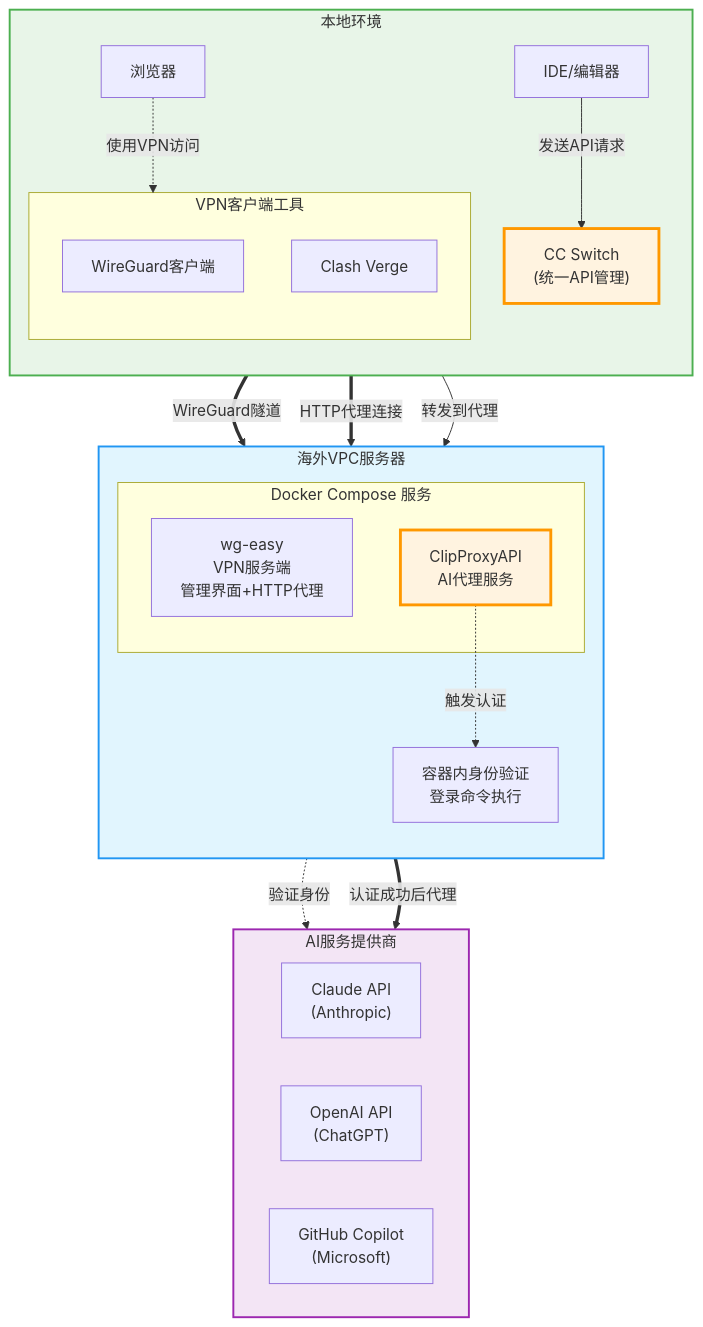
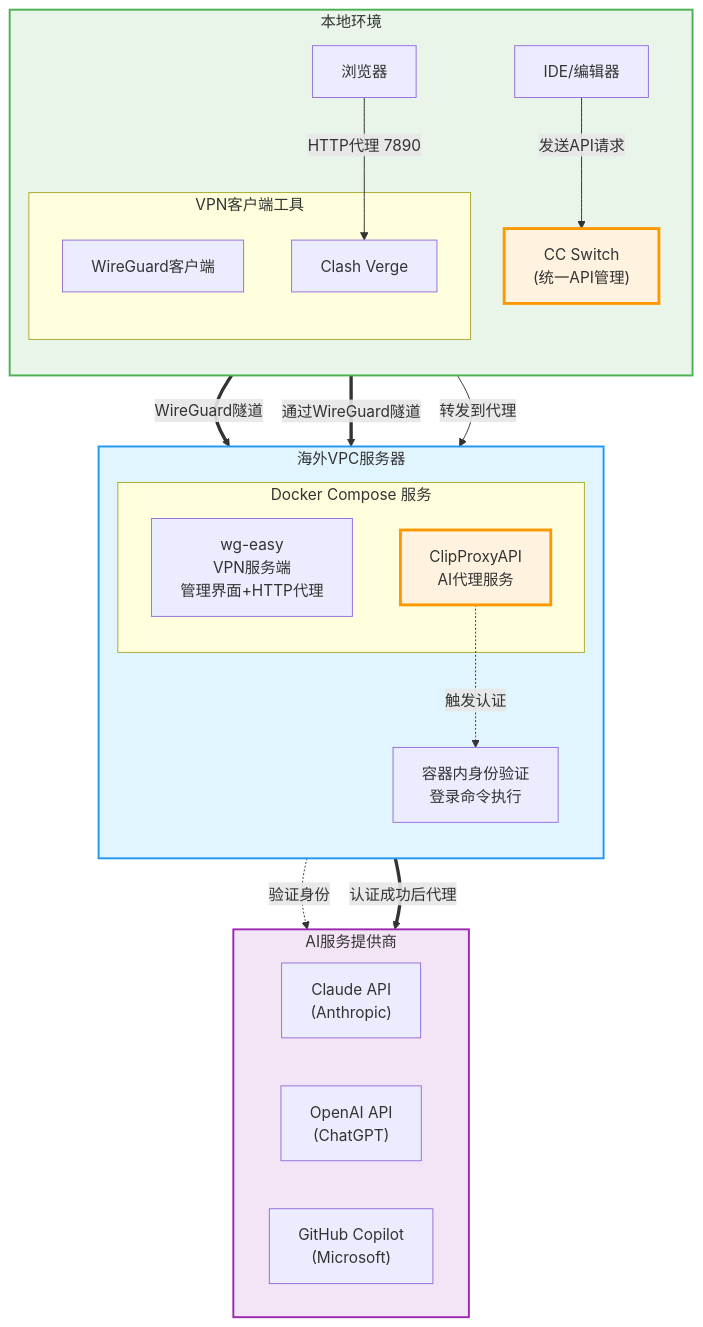
One commit to zhaofutao04/zblog changed the diagram in docs/_posts/overseas-dev-environment.md. Above: the diagram before and after it, drawn with Mermaid. The commit also changed other lines of this file, not shown here.

````diff
--- a/docs/_posts/overseas-dev-environment.md
+++ b/docs/_posts/overseas-dev-environment.md
@@ -22,59 +38,59 @@
 ```mermaid
 flowchart TD
     subgraph Local["本地环境"]
         direction TB
         Browser[浏览器]
         IDE[IDE/编辑器]
         subgraph VPNClients["VPN客户端工具"]
             WGClient[WireGuard客户端]
             Clash[Clash Verge]
         end
         CCSwitch["CC Switch<br/>(统一API管理)"]
     end
 
     subgraph VPC["海外VPC服务器"]
         direction TB
         subgraph DockerServices["Docker Compose 服务"]
             WGEasy["wg-easy<br/>VPN服务端<br/>管理界面+HTTP代理"]
             ClipProxy["ClipProxyAPI<br/>AI代理服务"]
         end
         LoginProcess["容器内身份验证<br/>登录命令执行"]
     end
 
     subgraph AIServices["AI服务提供商"]
         direction LR
         Claude["Claude API<br/>(Anthropic)"]
         OpenAI["OpenAI API<br/>(ChatGPT)"]
         GitHub["GitHub Copilot<br/>(Microsoft)"]
     end
 
-    %% 浏览器连接VPN
-    Browser -.->|使用VPN访问| VPNClients
+    %% 浏览器通过本地代理访问
+    Browser -->|HTTP代理 7890| Clash
 
     %% VPN隧道连接
     WGClient ==>|WireGuard隧道| WGEasy
-    Clash ==>|HTTP代理连接| WGEasy
+    Clash ==>|通过WireGuard隧道| WGEasy
 
     %% API调用链路
     IDE -->|发送API请求| CCSwitch
     CCSwitch -->|转发到代理| ClipProxy
 
     %% 认证流程
     ClipProxy -.->|触发认证| LoginProcess
     LoginProcess -.->|验证身份| AIServices
 
     %% 正常API代理
     ClipProxy ==>|认证成功后代理| AIServices
 
     %% 样式定义
     classDef localBox fill:#e8f5e8,stroke:#4caf50,stroke-width:2px
     classDef vpcBox fill:#e1f5fe,stroke:#2196f3,stroke-width:2px
     classDef serviceBox fill:#f3e5f5,stroke:#9c27b0,stroke-width:2px
     classDef keyComponent fill:#fff3e0,stroke:#ff9800,stroke-width:3px
 
     %% 应用样式
     class Local localBox
     class VPC vpcBox
     class AIServices serviceBox
     class CCSwitch,ClipProxy keyComponent
 ```
````
